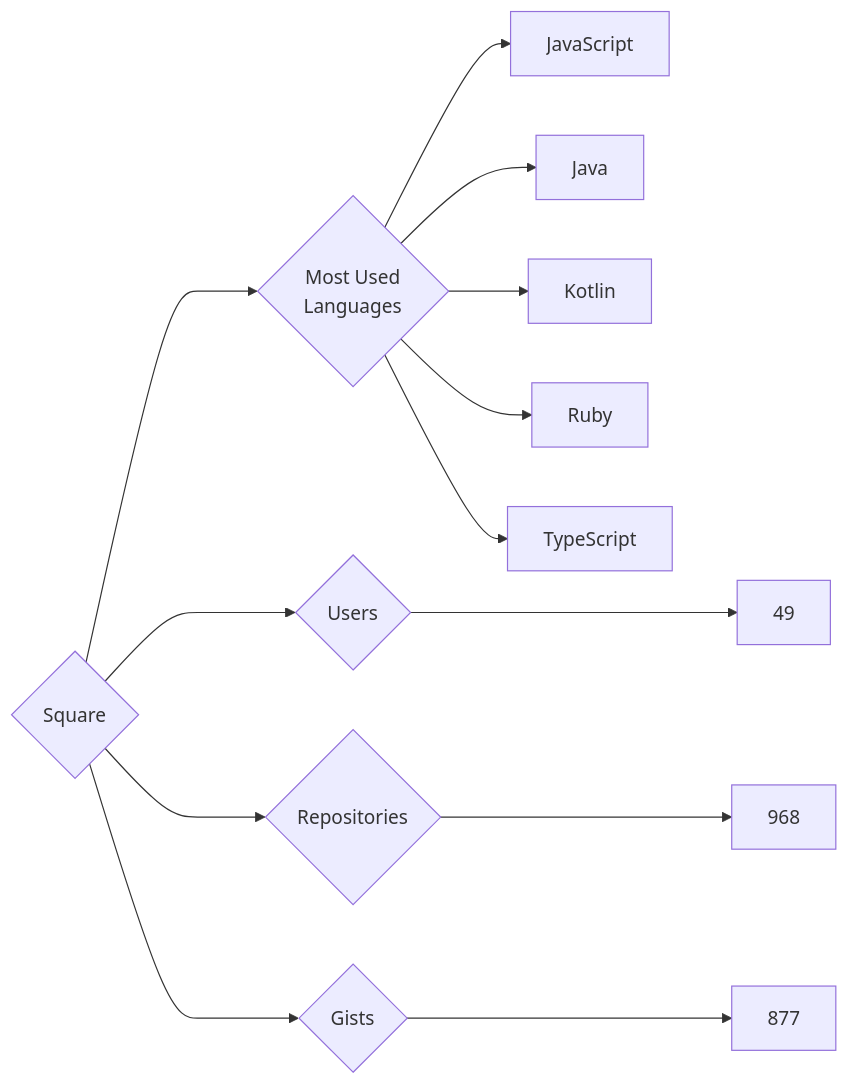
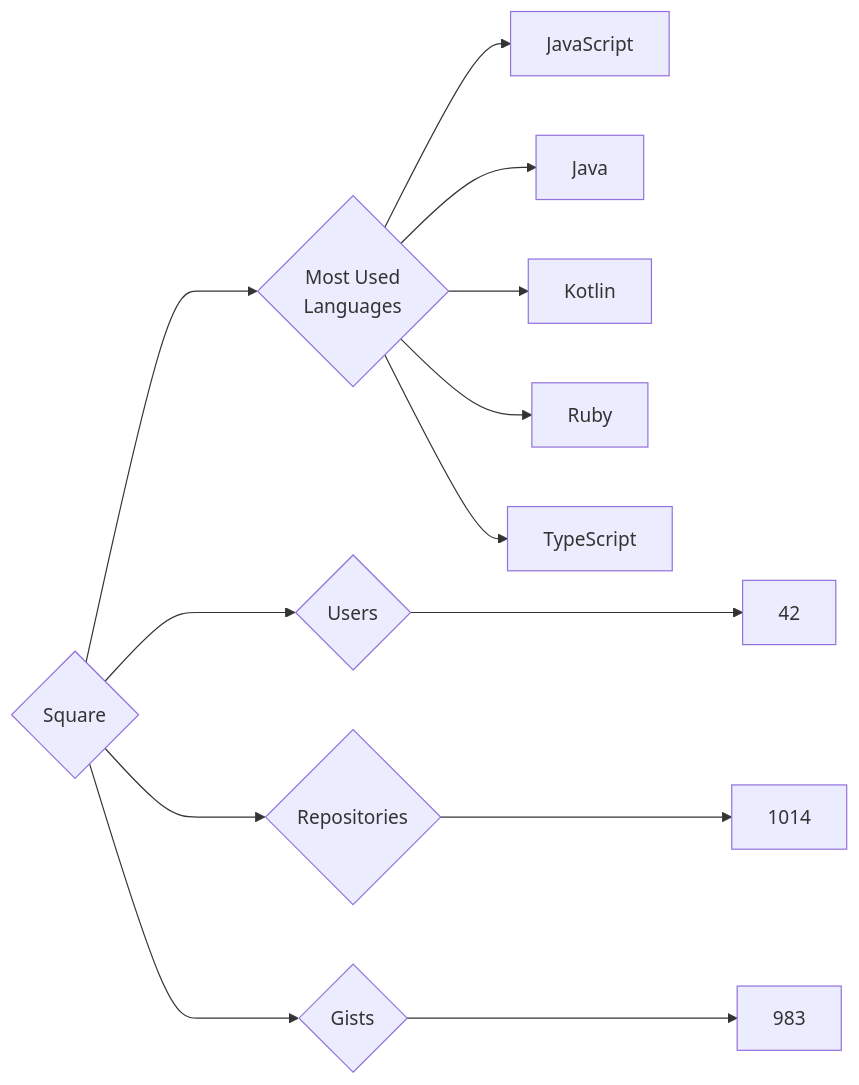
One commit to trickest/insiders changed the diagram in targets/Square/README.md. Above: the diagram before and after it, drawn with Mermaid. The commit also changed 773 other files, not shown here.

````diff
--- a/targets/Square/README.md
+++ b/targets/Square/README.md
@@ -3,13 +3,13 @@
 ```mermaid
 graph LR
 COMPANY_NAME{Square}
-COMPANY_NAME ---> U{Users} ---> UN[49]
-COMPANY_NAME ---> R{Repositories} ---> RN[968]
-COMPANY_NAME ---> G{Gists} ---> GN[877]
+COMPANY_NAME ---> U{Users} ---> UN[42]
+COMPANY_NAME ---> R{Repositories} ---> RN[1014]
+COMPANY_NAME ---> G{Gists} ---> GN[983]
 COMPANY_NAME ---> ML{Most Used<br>Languages}
 ML --> JavaScript[JavaScript]
 ML --> Java[Java]
 ML --> Kotlin[Kotlin]
 ML --> Ruby[Ruby]
 ML --> TypeScript[TypeScript]
 ```
````
